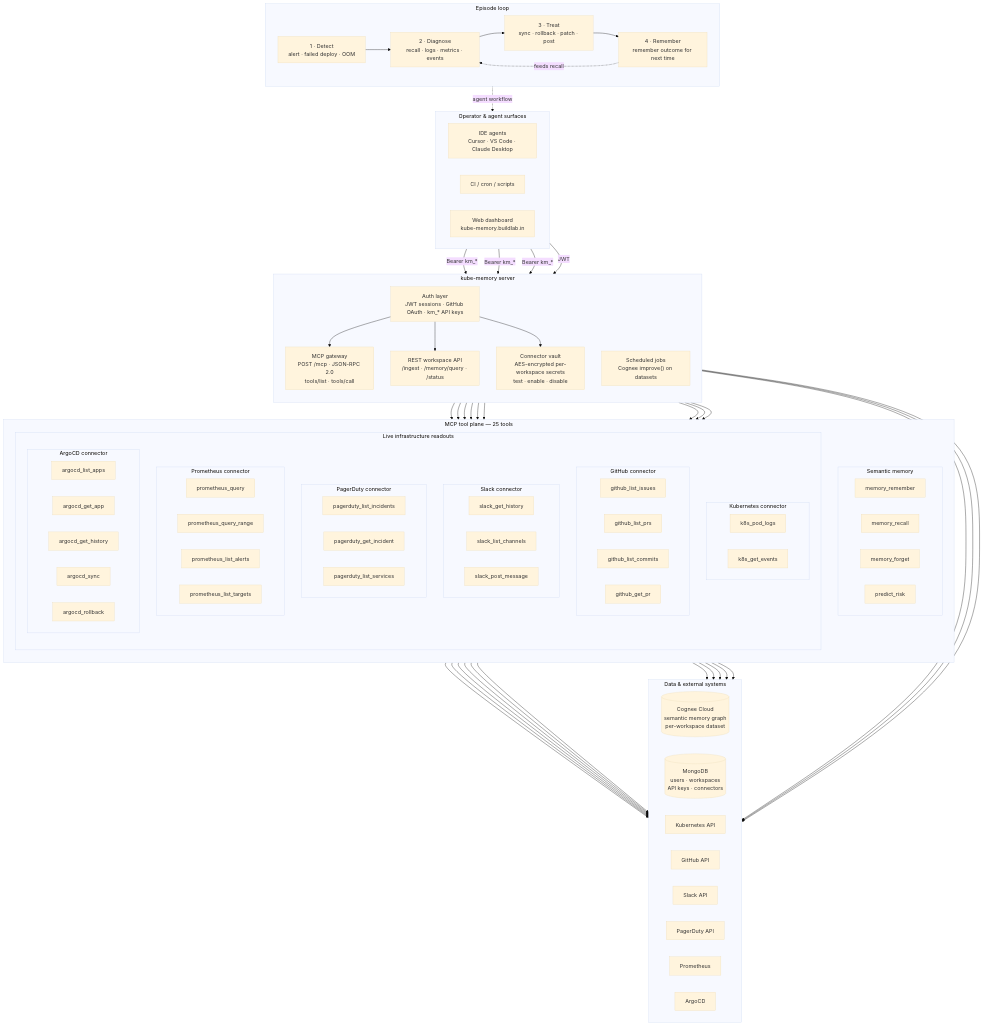
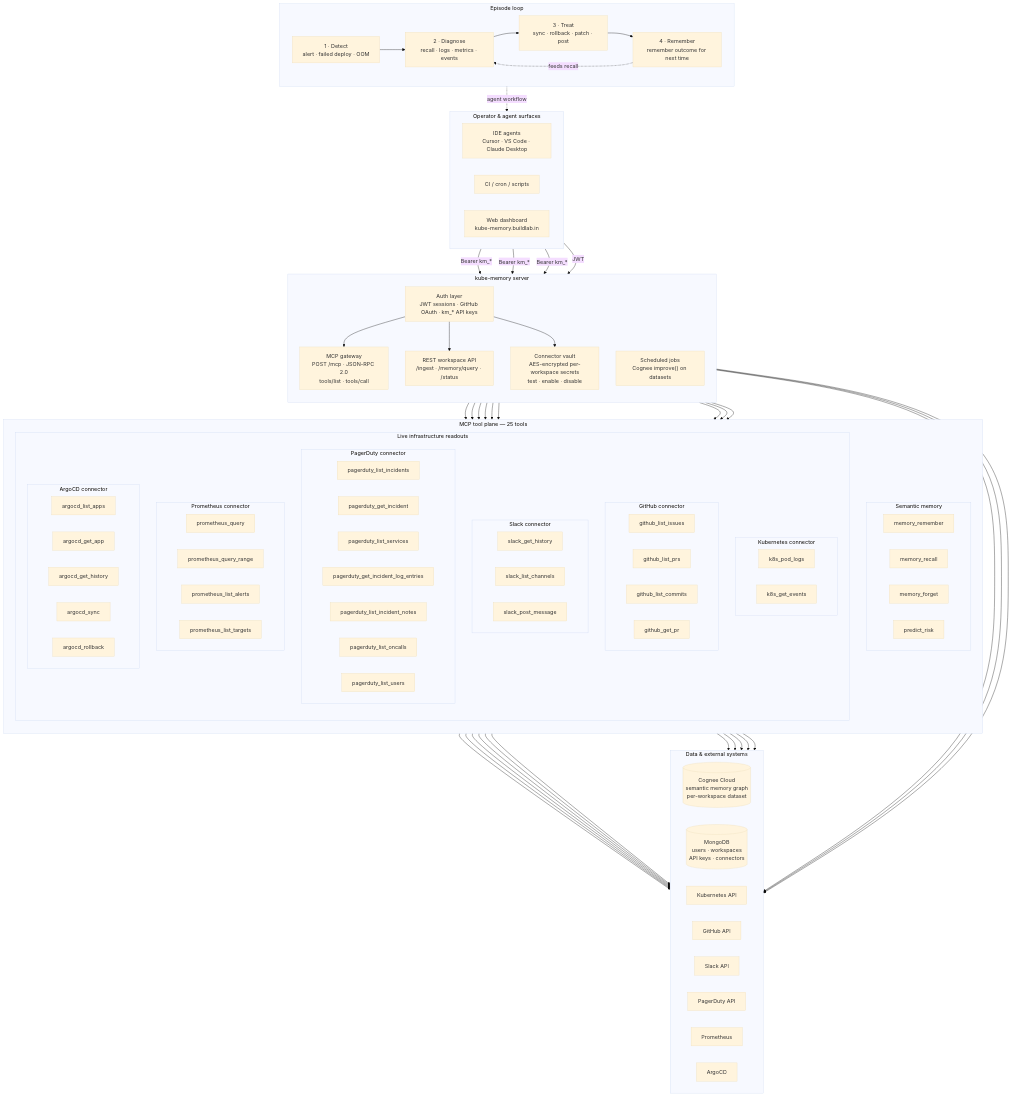
The diagram in README.md (Abhishek-Mallick/kube-memory), drawn with Mermaid (base theme) before and after one commit. The commit also changed other lines of this file and 9 other files, not shown here.

Commit message:
feat: add new PagerDuty tools for incident log entries, notes, oncalls, and users; update documentation and schemas

```diff
--- a/README.md
+++ b/README.md
@@ -179,6 +183,10 @@
         T_PDL["pagerduty_list_incidents"]
         T_PDG["pagerduty_get_incident"]
         T_PDS["pagerduty_list_services"]
+        T_PDLE["pagerduty_get_incident_log_entries"]
+        T_PDN["pagerduty_list_incident_notes"]
+        T_PDO["pagerduty_list_oncalls"]
+        T_PDU["pagerduty_list_users"]
       end
 
       subgraph Prom["Prometheus connector"]
```
